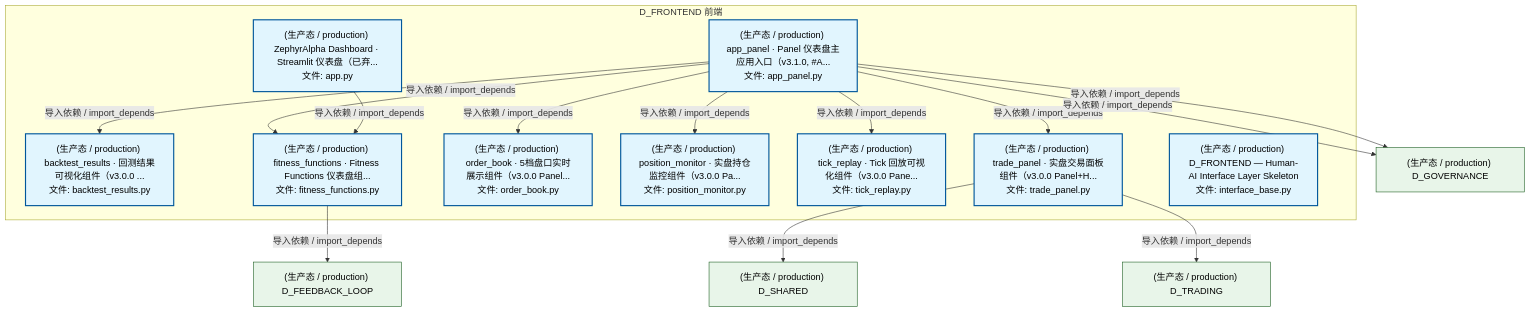
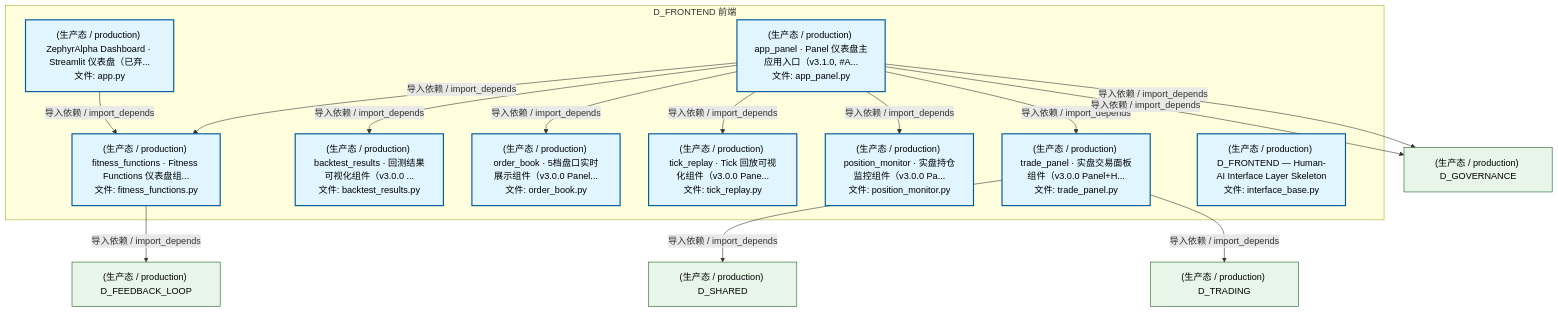
The second of 5 diagrams in docs/02_enterprise_architecture/02_domain_architecture_docs/15_d_frontend.md (xuanFelixVan/ZephyrAlpha), drawn with Mermaid before and after one commit. The commit also changed other lines of this file and 115 other files, not shown here.

````diff
--- a/docs/02_enterprise_architecture/02_domain_architecture_docs/15_d_frontend.md
+++ b/docs/02_enterprise_architecture/02_domain_architecture_docs/15_d_frontend.md
@@ -165,36 +165,36 @@
 ```mermaid
 graph TD
     subgraph D_FRONTEND["D_FRONTEND 前端"]
         src_zephyr_frontend_dashboard_app_py["(生产态 / production) ZephyrAlpha Dashboard · Streamlit 仪表盘（已弃...<br/>文件: app.py"]
         src_zephyr_frontend_dashboard_app_panel_py["(生产态 / production) app_panel · Panel 仪表盘主应用入口（v3.1.0, #A...<br/>文件: app_panel.py"]
         src_zephyr_frontend_dashboard_components_backtest_results_py["(生产态 / production) backtest_results · 回测结果可视化组件（v3.0.0 ...<br/>文件: backtest_results.py"]
         src_zephyr_frontend_dashboard_components_fitness_functions_py["(生产态 / production) fitness_functions · Fitness Functions 仪表盘组...<br/>文件: fitness_functions.py"]
         src_zephyr_frontend_dashboard_components_order_book_py["(生产态 / production) order_book · 5档盘口实时展示组件（v3.0.0 Panel...<br/>文件: order_book.py"]
         src_zephyr_frontend_dashboard_components_position_monitor_py["(生产态 / production) position_monitor · 实盘持仓监控组件（v3.0.0 Pa...<br/>文件: position_monitor.py"]
         src_zephyr_frontend_dashboard_components_tick_replay_py["(生产态 / production) tick_replay · Tick 回放可视化组件（v3.0.0 Pane...<br/>文件: tick_replay.py"]
         src_zephyr_frontend_dashboard_components_trade_panel_py["(生产态 / production) trade_panel · 实盘交易面板组件（v3.0.0 Panel+H...<br/>文件: trade_panel.py"]
         src_zephyr_frontend_interface_base_py["(生产态 / production) D_FRONTEND — Human-AI Interface Layer Skeleton<br/>文件: interface_base.py"]
     end
-    src_zephyr_frontend_dashboard_app_panel_py -->|导入依赖 / import_depends| src_zephyr_frontend_dashboard_components_trade_panel_py
+    src_zephyr_frontend_dashboard_app_panel_py -->|导入依赖 / import_depends| src_zephyr_frontend_dashboard_components_fitness_functions_py
+    src_zephyr_frontend_dashboard_app_panel_py -->|导入依赖 / import_depends| src_zephyr_frontend_dashboard_components_backtest_results_py
+    src_zephyr_frontend_dashboard_app_panel_py -->|导入依赖 / import_depends| src_zephyr_frontend_dashboard_components_order_book_py
     src_zephyr_frontend_dashboard_app_panel_py -->|导入依赖 / import_depends| src_zephyr_frontend_dashboard_components_tick_replay_py
     src_zephyr_frontend_dashboard_app_panel_py -->|导入依赖 / import_depends| src_zephyr_frontend_dashboard_components_position_monitor_py
-    src_zephyr_frontend_dashboard_app_panel_py -->|导入依赖 / import_depends| src_zephyr_frontend_dashboard_components_order_book_py
-    src_zephyr_frontend_dashboard_app_panel_py -->|导入依赖 / import_depends| src_zephyr_frontend_dashboard_components_fitness_functions_py
-    src_zephyr_frontend_dashboard_app_panel_py -->|导入依赖 / import_depends| src_zephyr_frontend_dashboard_components_backtest_results_py
+    src_zephyr_frontend_dashboard_app_panel_py -->|导入依赖 / import_depends| src_zephyr_frontend_dashboard_components_trade_panel_py
     src_zephyr_frontend_dashboard_app_py -->|导入依赖 / import_depends| src_zephyr_frontend_dashboard_components_fitness_functions_py
     D_GOVERNANCE["(生产态 / production) D_GOVERNANCE"]
     src_zephyr_frontend_dashboard_app_panel_py -->|导入依赖 / import_depends| D_GOVERNANCE
     D_FEEDBACK_LOOP["(生产态 / production) D_FEEDBACK_LOOP"]
     src_zephyr_frontend_dashboard_components_fitness_functions_py -->|导入依赖 / import_depends| D_FEEDBACK_LOOP
     D_SHARED["(生产态 / production) D_SHARED"]
     src_zephyr_frontend_dashboard_components_trade_panel_py -->|导入依赖 / import_depends| D_SHARED
     src_zephyr_frontend_dashboard_app_panel_py -->|导入依赖 / import_depends| D_GOVERNANCE
     D_TRADING["(生产态 / production) D_TRADING"]
     src_zephyr_frontend_dashboard_components_trade_panel_py -->|导入依赖 / import_depends| D_TRADING
     classDef production fill:#e1f5fe,stroke:#01579b,stroke-width:2px,color:#000
     classDef design fill:#fff3e0,stroke:#e65100,stroke-width:2px,color:#000,stroke-dasharray: 5 5
     classDef external_prod fill:#e8f5e9,stroke:#1b5e20,stroke-width:1px,color:#000
     classDef external_design fill:#fce4ec,stroke:#880e4f,stroke-width:1px,color:#000,stroke-dasharray: 5 5
     class src_zephyr_frontend_dashboard_app_py,src_zephyr_frontend_dashboard_app_panel_py,src_zephyr_frontend_dashboard_components_backtest_results_py,src_zephyr_frontend_dashboard_components_fitness_functions_py,src_zephyr_frontend_dashboard_components_order_book_py,src_zephyr_frontend_dashboard_components_position_monitor_py,src_zephyr_frontend_dashboard_components_tick_replay_py,src_zephyr_frontend_dashboard_components_trade_panel_py,src_zephyr_frontend_interface_base_py production
     class D_GOVERNANCE,D_FEEDBACK_LOOP,D_SHARED,D_TRADING external_prod
 ```
````
